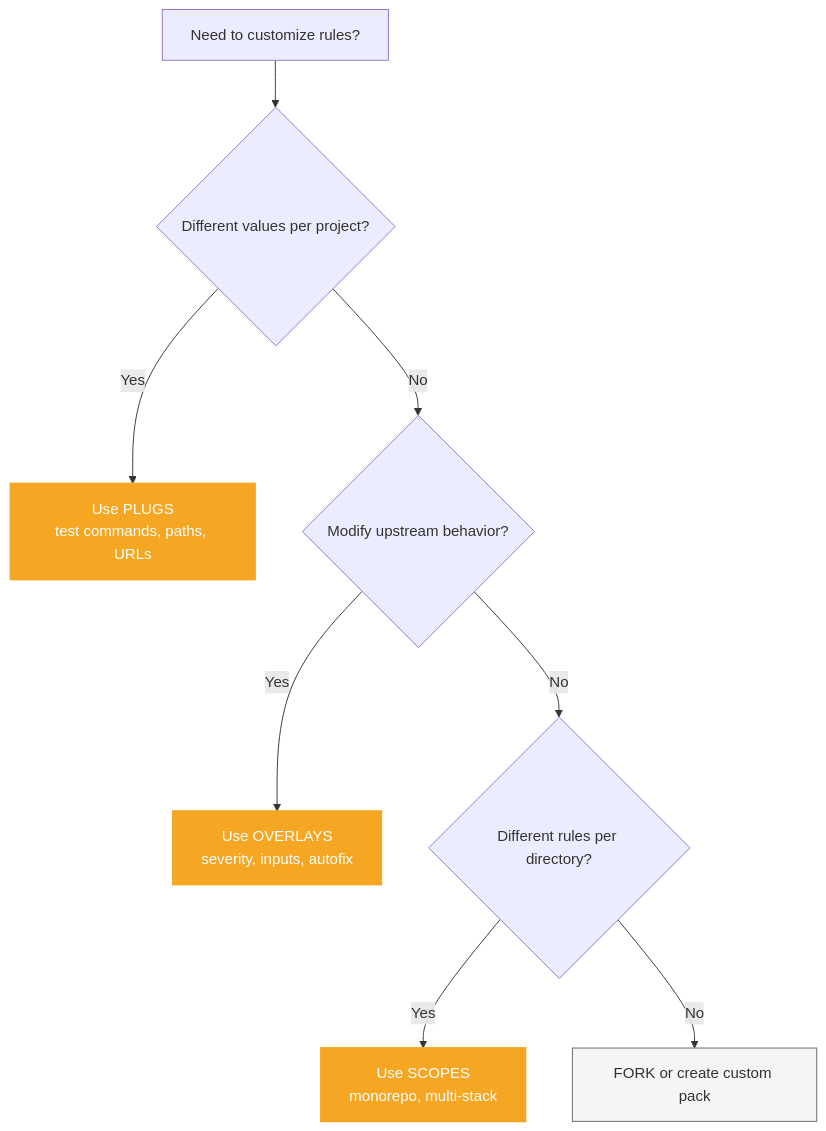
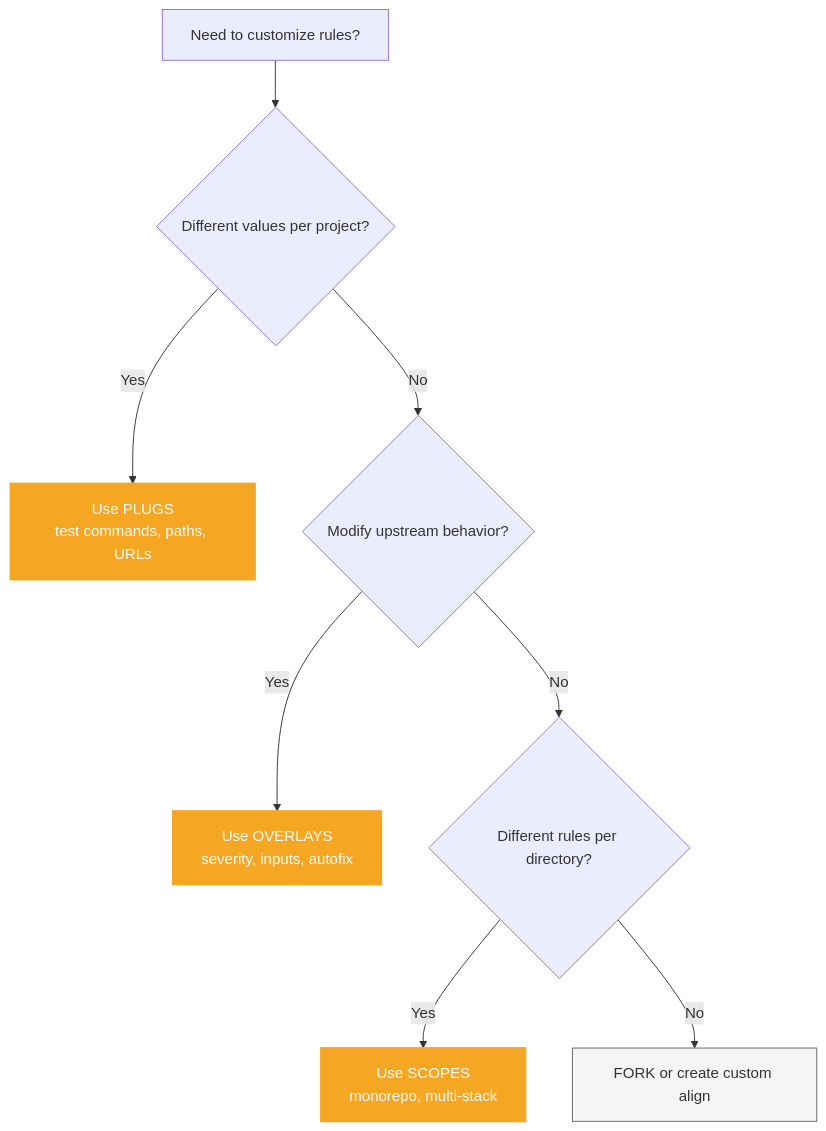
Before and after one commit to AlignTrue/aligntrue-sync: the diagram in apps/docs/content/02-customization/index.md, drawn with Mermaid. The commit also changed other lines of this file and 18 other files, not shown here.

Commit message:
chore: Rename pack to Align (bulk-1)

````diff
--- a/apps/docs/content/02-customization/index.md
+++ b/apps/docs/content/02-customization/index.md
@@ -96,15 +96,15 @@
 ```mermaid
 graph TD
     Start[Need to customize rules?] --> Q1{Different values per project?}
     Q1 -->|Yes| Plugs[Use PLUGS<br/>test commands, paths, URLs]
     Q1 -->|No| Q2{Modify upstream behavior?}
     Q2 -->|Yes| Overlays[Use OVERLAYS<br/>severity, inputs, autofix]
     Q2 -->|No| Q3{Different rules per directory?}
     Q3 -->|Yes| Scopes[Use SCOPES<br/>monorepo, multi-stack]
-    Q3 -->|No| Fork[FORK or create custom pack]
+    Q3 -->|No| Fork[FORK or create custom align]
 
     style Plugs fill:#F5A623,stroke:#F5A623,color:#fff,stroke-width:2px
     style Overlays fill:#F5A623,stroke:#F5A623,color:#fff,stroke-width:2px
     style Scopes fill:#F5A623,stroke:#F5A623,color:#fff,stroke-width:2px
     style Fork fill:#f5f5f5,stroke:#666,stroke-width:1px
 ```
````
